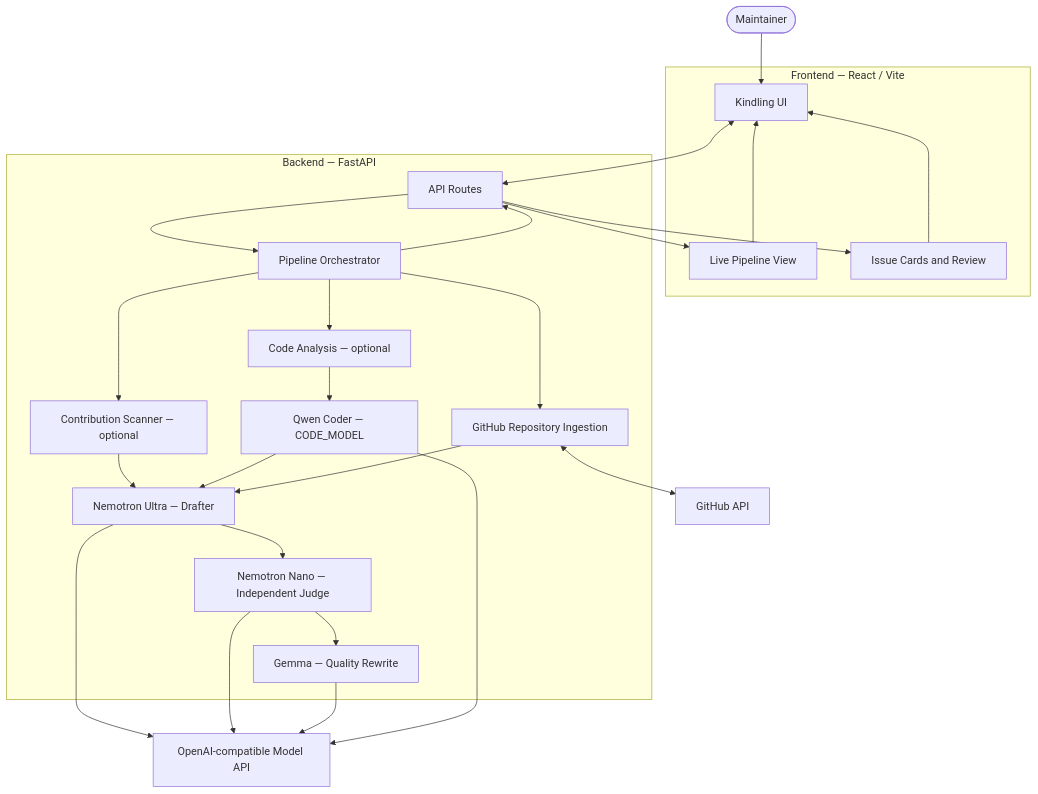
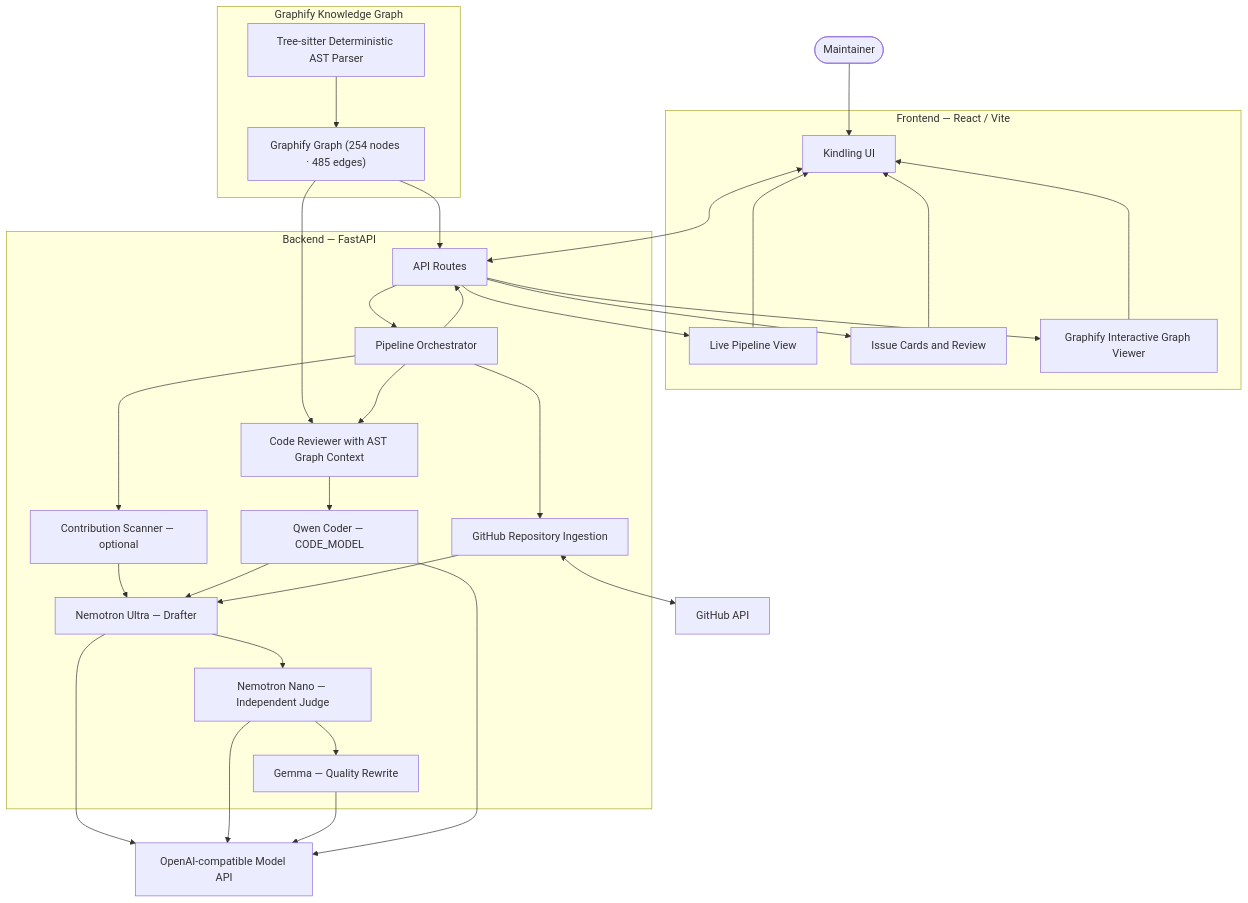
One commit to Abhiram-Mukkamala/Kindling changed the diagram in README.md. Above: the diagram before and after it, drawn with Mermaid. The commit also changed other lines of this file and 7 other files, not shown here.

Commit message:
docs: update architecture Mermaid diagram with Graphify and export graph visualizers

````diff
--- a/README.md
+++ b/README.md
@@ -49,53 +52,65 @@
 ```mermaid
 flowchart TD
     User([Maintainer])
 
     subgraph Frontend["Frontend — React / Vite"]
         UI["Kindling UI"]
         PipelineView["Live Pipeline View"]
         IssueCards["Issue Cards and Review"]
+        GraphViewer["Graphify Interactive Graph Viewer"]
+    end
+
+    subgraph GraphifyEngine["Graphify Knowledge Graph"]
+        TreeSitter["Tree-sitter Deterministic AST Parser"]
+        GraphArtifacts["Graphify Graph (254 nodes · 485 edges)"]
     end
 
     subgraph Backend["Backend — FastAPI"]
         API["API Routes"]
         Orchestrator["Pipeline Orchestrator"]
         GitHubIngestion["GitHub Repository Ingestion"]
         Scanner["Contribution Scanner — optional"]
-        CodeAnalysis["Code Analysis — optional"]
+        CodeAnalysis["Code Reviewer with AST Graph Context"]
         Qwen["Qwen Coder — CODE_MODEL"]
         Drafter["Nemotron Ultra — Drafter"]
         Judge["Nemotron Nano — Independent Judge"]
         Rewrite["Gemma — Quality Rewrite"]
     end
 
     GitHub["GitHub API"]
     ModelAPI["OpenAI-compatible Model API"]
 
     User --> UI
     UI <--> API
     API --> Orchestrator
     Orchestrator --> GitHubIngestion
     GitHubIngestion <--> GitHub
+
+    TreeSitter --> GraphArtifacts
+    GraphArtifacts --> CodeAnalysis
+    GraphArtifacts --> API
+    API --> GraphViewer
+    GraphViewer --> UI
 
     Orchestrator --> Scanner
     Scanner --> Drafter
 
     Orchestrator --> CodeAnalysis
     CodeAnalysis --> Qwen
     Qwen --> Drafter
 
     GitHubIngestion --> Drafter
     Drafter --> Judge
     Judge --> Rewrite
 
     Drafter --> ModelAPI
     Judge --> ModelAPI
     Rewrite --> ModelAPI
     Qwen --> ModelAPI
 
     Orchestrator --> API
     API --> PipelineView
     API --> IssueCards
     PipelineView --> UI
     IssueCards --> UI
 ```
````
